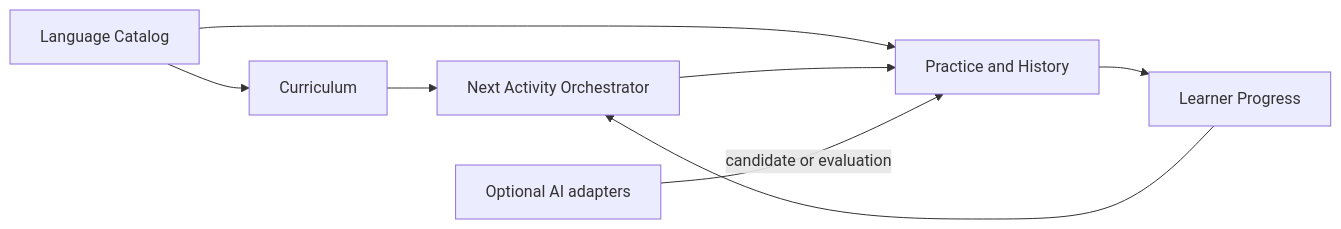
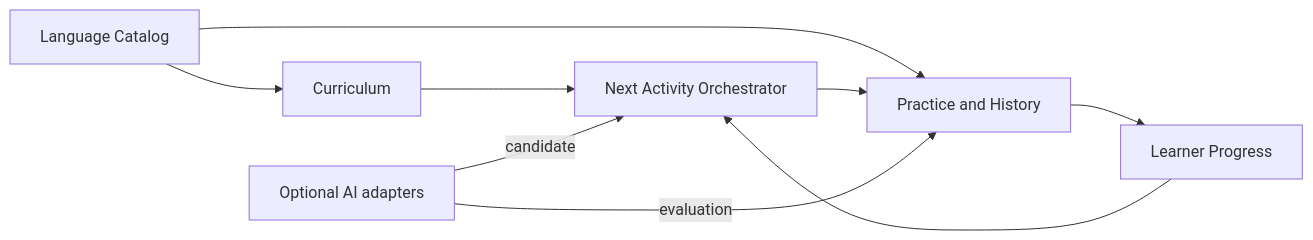
One commit to ALaunert/slovnik changed the first of 2 diagrams in docs/superpowers/specs/2026-08-26-domain-model-v0.1-design.md. Above: the diagram before and after it, drawn with Mermaid. The commit also changed other lines of this file and 9 other files, not shown here.

Commit message:
docs: harden language assistant architecture specs

````diff
--- a/docs/superpowers/specs/2026-08-26-domain-model-v0.1-design.md
+++ b/docs/superpowers/specs/2026-08-26-domain-model-v0.1-design.md
@@ -56,17 +58,18 @@
 ```mermaid
 flowchart LR
     Catalog["Language Catalog"]
     Curriculum["Curriculum"]
     Practice["Practice and History"]
     Progress["Learner Progress"]
     Assistant["Next Activity Orchestrator"]
     AiProvider["Optional AI adapters"]
 
     Catalog --> Curriculum
     Catalog --> Practice
     Curriculum --> Assistant
     Progress --> Assistant
     Assistant --> Practice
     Practice --> Progress
-    AiProvider -->|"candidate or evaluation"| Practice
+    AiProvider -->|"candidate"| Assistant
+    AiProvider -->|"evaluation"| Practice
 ```
````
